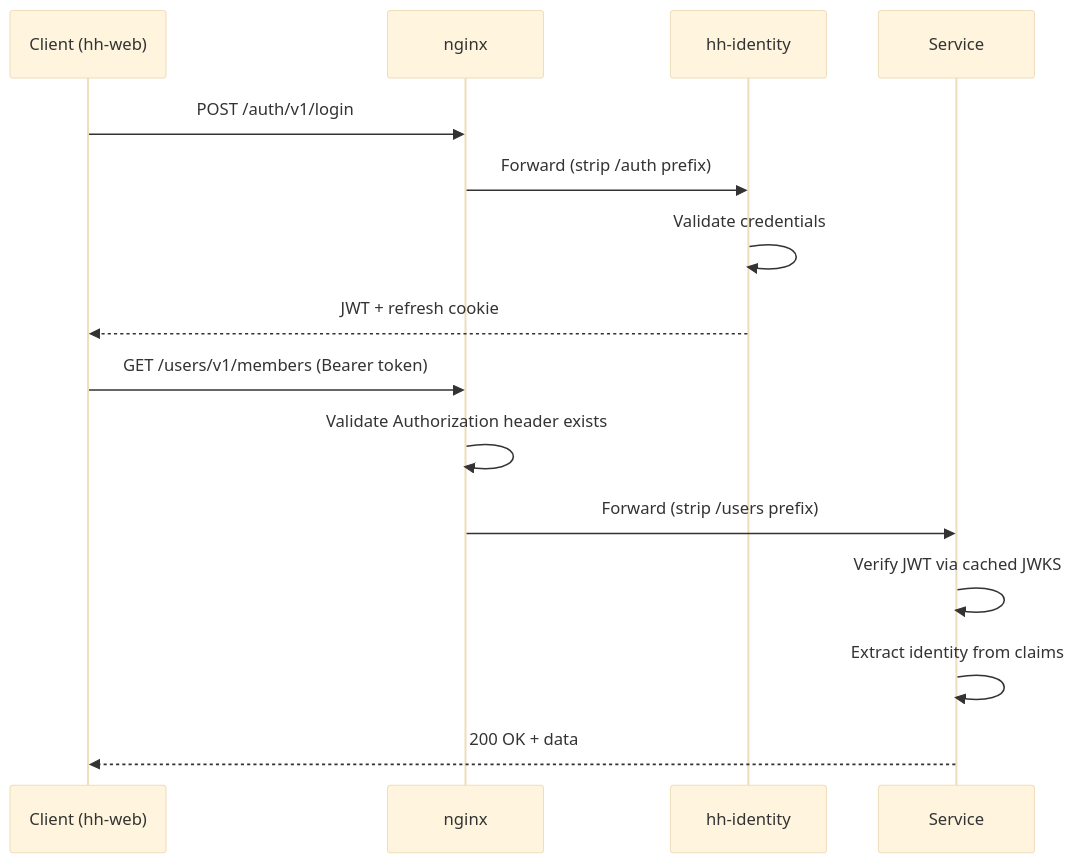
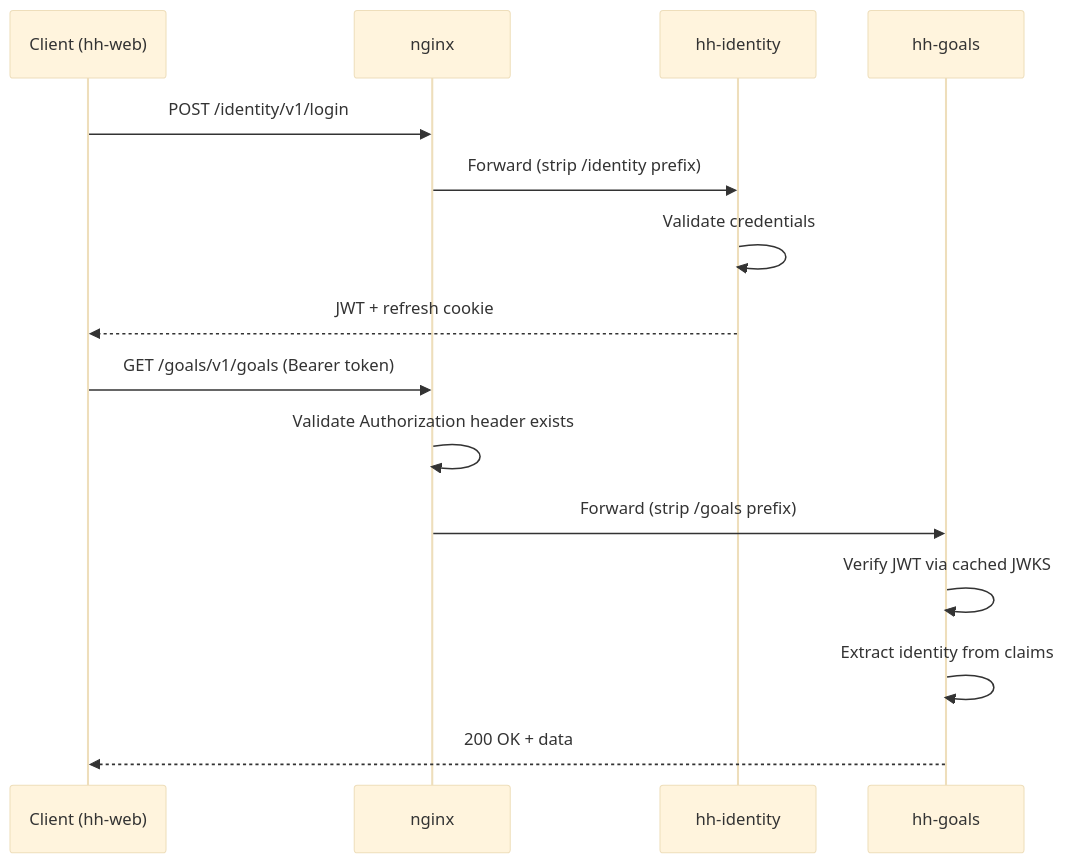
Before and after one commit to tiagorocha94/hh-docs: the second of 3 diagrams in docs/architecture.md, drawn with Mermaid (base theme). The commit also changed other lines of this file and 3 other files, not shown here.

First line of the commit message:
docs: fix auth flow diagram, add hh-web repo page, update versions

````diff
--- a/docs/architecture.md
+++ b/docs/architecture.md
@@ -59,19 +59,19 @@
 ```mermaid
 sequenceDiagram
     participant C as Client (hh-web)
     participant N as nginx
     participant A as hh-identity
-    participant S as Service
+    participant S as hh-goals
 
-    C->>N: POST /auth/v1/login
-    N->>A: Forward (strip /auth prefix)
+    C->>N: POST /identity/v1/login
+    N->>A: Forward (strip /identity prefix)
     A->>A: Validate credentials
     A-->>C: JWT + refresh cookie
 
-    C->>N: GET /users/v1/members (Bearer token)
+    C->>N: GET /goals/v1/goals (Bearer token)
     N->>N: Validate Authorization header exists
-    N->>S: Forward (strip /users prefix)
+    N->>S: Forward (strip /goals prefix)
     S->>S: Verify JWT via cached JWKS
     S->>S: Extract identity from claims
     S-->>C: 200 OK + data
 ```
````
